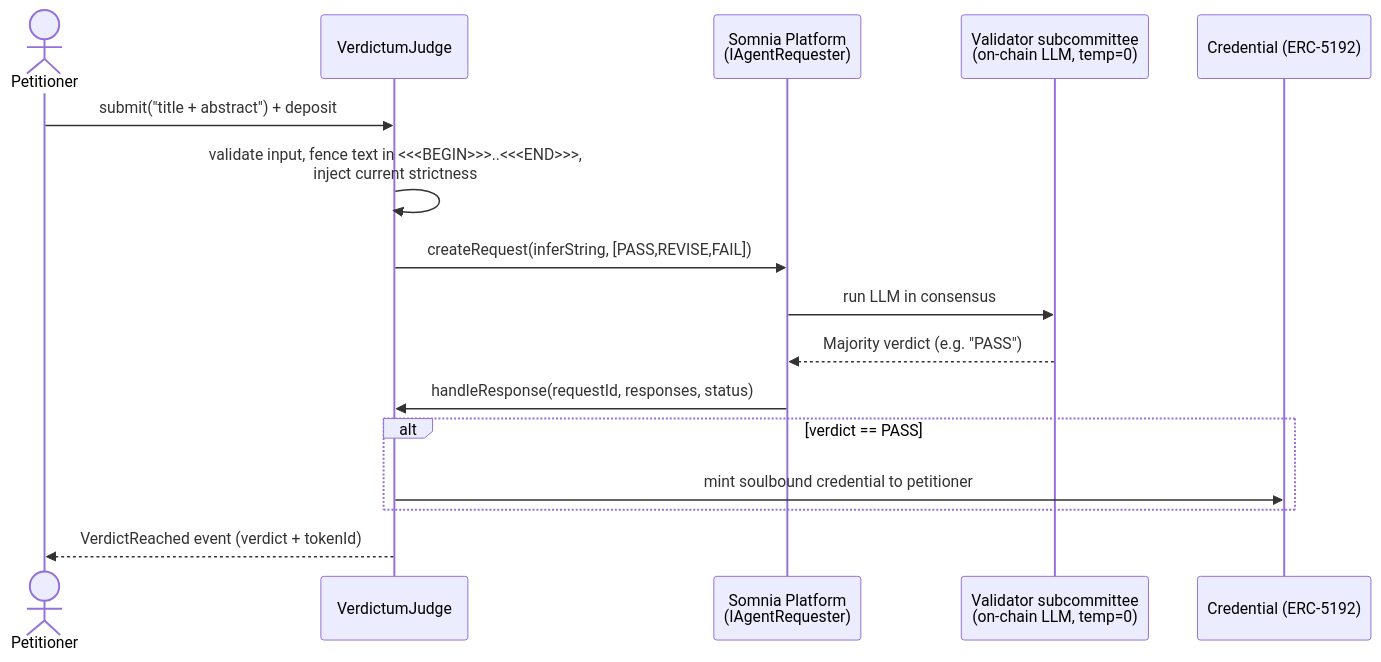
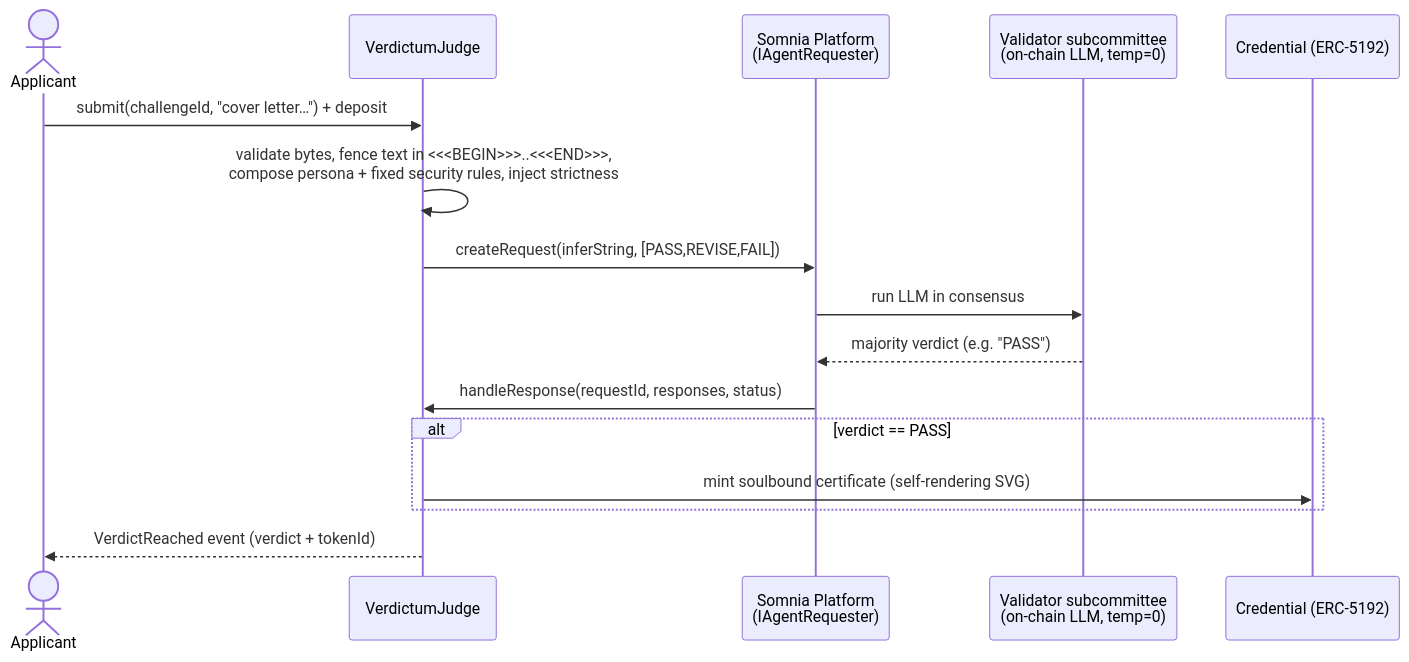
The diagram in README.md (VincenImanuell/verdictum), drawn with Mermaid before and after one commit. The commit also changed other lines of this file and 6 other files, not shown here.

````diff
--- a/README.md
+++ b/README.md
@@ -46,19 +67,19 @@
 ```mermaid
 sequenceDiagram
-    actor U as Petitioner
+    actor U as Applicant
     participant J as VerdictumJudge
     participant P as Somnia Platform<br/>(IAgentRequester)
     participant V as Validator subcommittee<br/>(on-chain LLM, temp=0)
     participant C as Credential (ERC-5192)
 
-    U->>J: submit("title + abstract") + deposit
-    J->>J: validate input, fence text in <<<BEGIN>>>..<<<END>>>,<br/>inject current strictness
+    U->>J: submit(challengeId, "cover letter…") + deposit
+    J->>J: validate bytes, fence text in <<<BEGIN>>>..<<<END>>>,<br/>compose persona + fixed security rules, inject strictness
     J->>P: createRequest(inferString, [PASS,REVISE,FAIL])
     P->>V: run LLM in consensus
-    V-->>P: Majority verdict (e.g. "PASS")
+    V-->>P: majority verdict (e.g. "PASS")
     P->>J: handleResponse(requestId, responses, status)
     alt verdict == PASS
-        J->>C: mint soulbound credential to petitioner
+        J->>C: mint soulbound certificate (self-rendering SVG)
     end
     J-->>U: VerdictReached event (verdict + tokenId)
 ```
````
